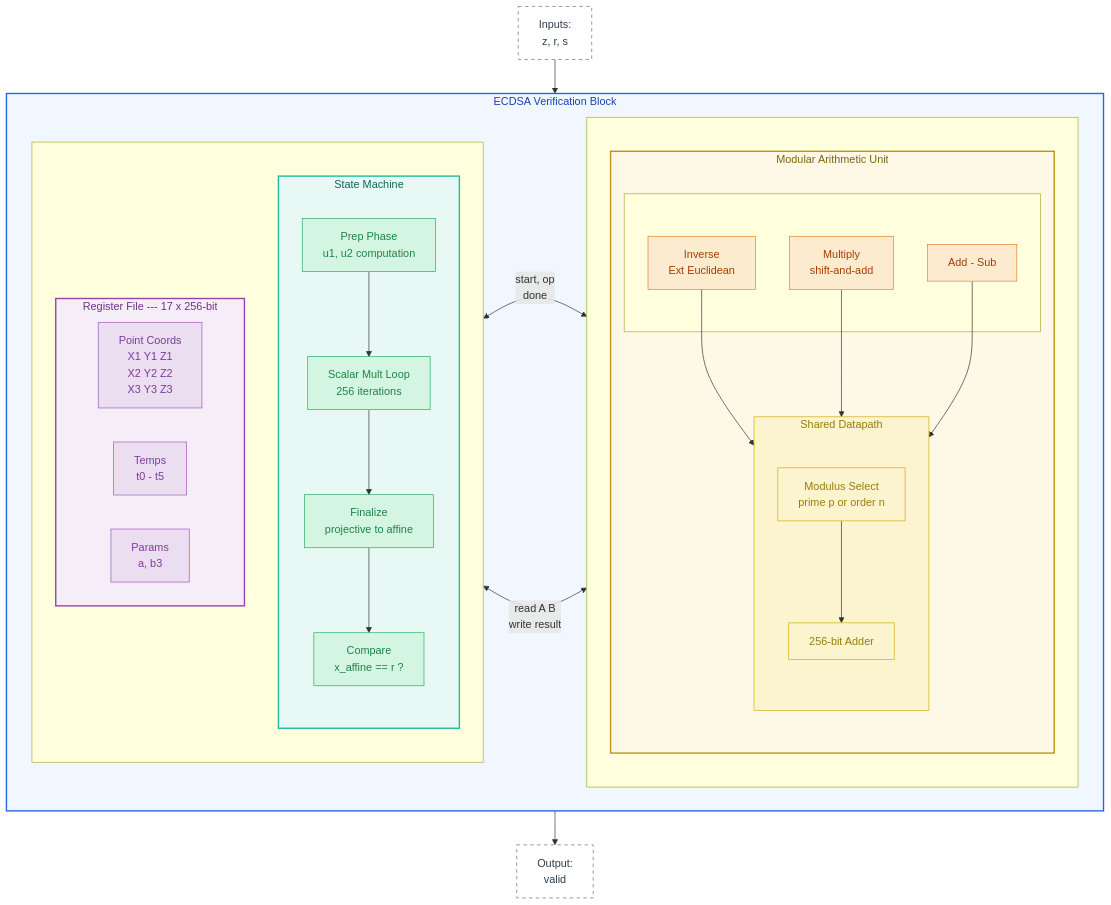
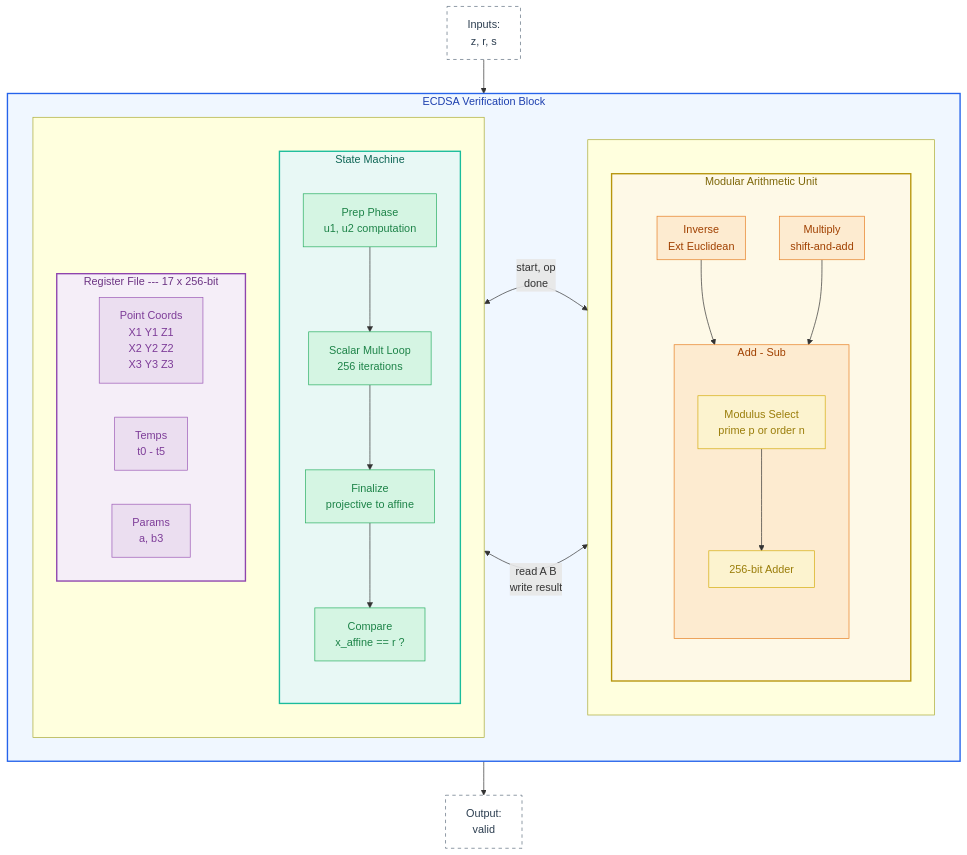
The third of 3 diagrams in README.md (JamesPetrie/off-switch), drawn with Mermaid before and after one commit. The commit also changed other lines of this file and 6 other files, not shown here.

Commit message:
Update mod_mul & mod_inv to use mod_add instance

````diff
--- a/README.md
+++ b/README.md
@@ -308,81 +308,81 @@
 ```mermaid
 flowchart TB
     subgraph ECDSA["ECDSA Verification Block"]
         direction LR
-        
+
         subgraph left[" "]
             direction TB
-            
+
             subgraph SM["State Machine"]
                 direction TB
                 SM_PREP["Prep Phase<br/>u1, u2 computation"]
                 SM_LOOP["Scalar Mult Loop<br/>256 iterations"]
                 SM_FIN["Finalize<br/>projective to affine"]
                 SM_CMP["Compare<br/>x_affine == r ?"]
-                
+
                 SM_PREP --> SM_LOOP
                 SM_LOOP --> SM_FIN
                 SM_FIN --> SM_CMP
             end
-            
+
             subgraph REGS["Register File --- 17 x 256-bit"]
                 direction LR
                 R_PT["Point Coords<br/>X1 Y1 Z1<br/>X2 Y2 Z2<br/>X3 Y3 Z3"]
                 R_TMP["Temps<br/>t0 - t5"]
                 R_PRM["Params<br/>a, b3"]
             end
         end
-        
+
         subgraph right[" "]
             direction TB
-            
+
             subgraph ARITH["Modular Arithmetic Unit"]
                 direction TB
-                
-                subgraph ops[" "]
-                    direction LR
-                    INV["Inverse<br/>Ext Euclidean"]
-                    MUL["Multiply<br/>shift-and-add"]
-                    ADDSUB["Add - Sub"]
+
+                subgraph INV["Inverse<br/>Ext Euclidean"]
+                    direction TB
                 end
-                
-                subgraph shared["Shared Datapath"]
+
+                subgraph MUL["Multiply<br/>shift-and-add"]
+                    direction TB
+                end
+
+                subgraph ADDSUB["Add - Sub"]
                     direction TB
                     MOD["Modulus Select<br/>prime p or order n"]
                     ADD256["256-bit Adder"]
                     MOD --> ADD256
                 end
-                
-                INV --> shared
-                MUL --> shared
-                ADDSUB --> shared
+
+                INV --> ADDSUB
+                MUL --> ADDSUB
             end
         end
-        
+
         SM <-->|"start, op<br/>done"| ARITH
         REGS <-->|"read A B<br/>write result"| ARITH
     end
-    
+
     EXT_IN["Inputs:<br/>z, r, s"] --> ECDSA
     ECDSA --> EXT_OUT["Output:<br/>valid"]
-    
+
     classDef outer fill:#f0f7ff,stroke:#2563eb,stroke-width:2px,color:#1e40af
     classDef arithbox fill:#fef9e7,stroke:#b7950b,stroke-width:2px,color:#7d6608
     classDef smbox fill:#e8f8f5,stroke:#1abc9c,stroke-width:2px,color:#0e6655
     classDef smnode fill:#d5f5e3,stroke:#27ae60,stroke-width:1px,color:#1d8348
     classDef regsbox fill:#f5eef8,stroke:#8e44ad,stroke-width:2px,color:#6c3483
     classDef regsnode fill:#ebdef0,stroke:#9b59b6,stroke-width:1px,color:#7d3c98
     classDef subunit fill:#fdebd0,stroke:#e67e22,stroke-width:1px,color:#a04000
     classDef sharedbox fill:#fcf3cf,stroke:#d4ac0d,stroke-width:1px,color:#9a7d0a
     classDef external fill:#ffffff,stroke:#5d6d7e,stroke-width:1px,stroke-dasharray: 5 5,color:#2c3e50
-    
+
     class ECDSA outer
     class ARITH arithbox
     class SM smbox
     class SM_PREP,SM_LOOP,SM_FIN,SM_CMP smnode
     class REGS regsbox
     class R_PT,R_TMP,R_PRM regsnode
     class INV,MUL,ADDSUB subunit
     class shared,MOD,ADD256 sharedbox
     class EXT_IN,EXT_OUT external
 ```
````
